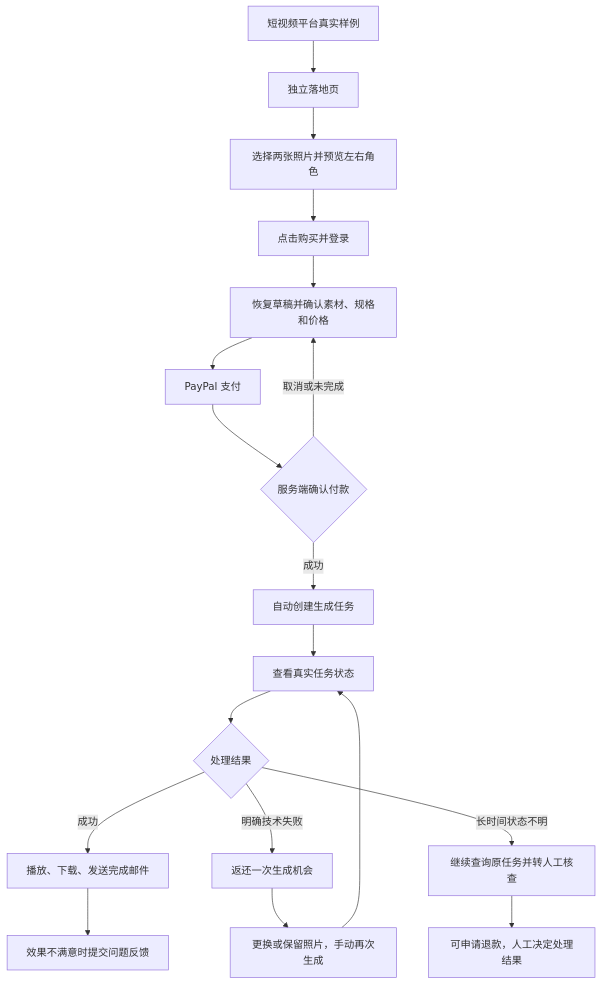
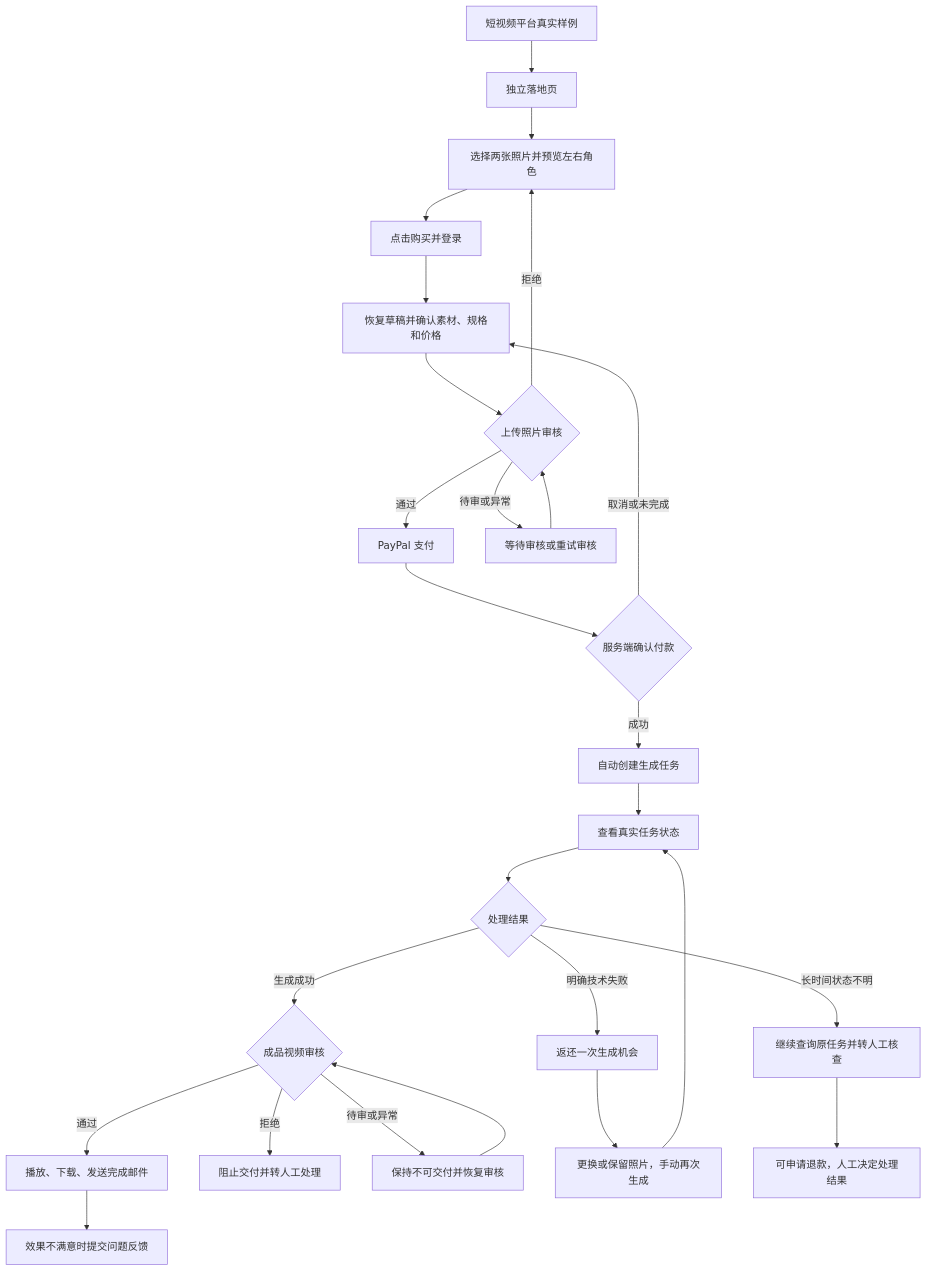
Before and after one commit to jackypeng33/ai-template: the diagram in docs/RAPVIDEO-MVP-SPEC.md, drawn with Mermaid. The commit also changed other lines of this file and 42 other files, not shown here.

````diff
--- a/docs/RAPVIDEO-MVP-SPEC.md
+++ b/docs/RAPVIDEO-MVP-SPEC.md
@@ -54,20 +55,28 @@
 ```mermaid
 flowchart TD
     A[短视频平台真实样例] --> B[独立落地页]
     B --> C[选择两张照片并预览左右角色]
     C --> D[点击购买并登录]
     D --> E[恢复草稿并确认素材、规格和价格]
-    E --> F[PayPal 支付]
+    E --> Q{上传照片审核}
+    Q -->|通过| F[PayPal 支付]
+    Q -->|拒绝| C
+    Q -->|待审或异常| R[等待审核或重试审核]
+    R --> Q
     F --> G{服务端确认付款}
     G -->|成功| H[自动创建生成任务]
     G -->|取消或未完成| E
     H --> I[查看真实任务状态]
     I --> J{处理结果}
-    J -->|成功| K[播放、下载、发送完成邮件]
+    J -->|生成成功| S{成品视频审核}
+    S -->|通过| K[播放、下载、发送完成邮件]
+    S -->|拒绝| T[阻止交付并转人工处理]
+    S -->|待审或异常| U[保持不可交付并恢复审核]
+    U --> S
     J -->|明确技术失败| L[返还一次生成机会]
     L --> M[更换或保留照片，手动再次生成]
     M --> I
     J -->|长时间状态不明| N[继续查询原任务并转人工核查]
     N --> O[可申请退款，人工决定处理结果]
     K --> P[效果不满意时提交问题反馈]
 ```
````
